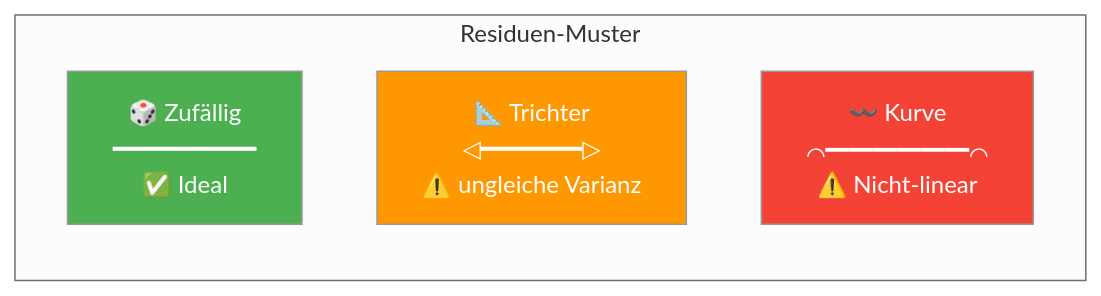
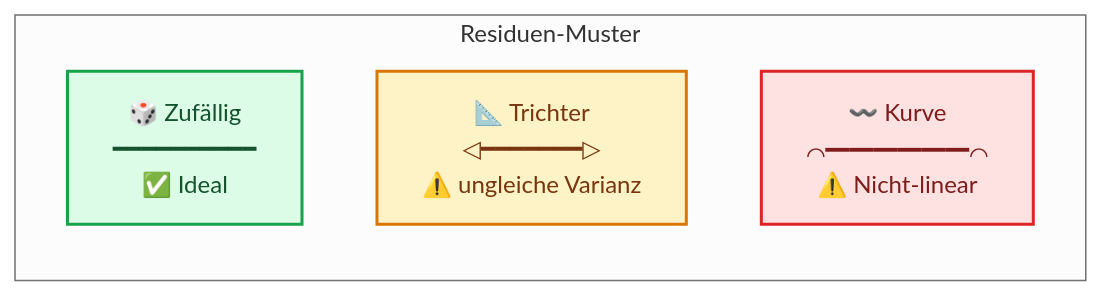
The sixth of 9 diagrams in docs/concepts/evaluate/bewertung_regression.md (ralf-42/ML_Intro), drawn with Mermaid (neutral theme) before and after one commit. The commit also changed other lines of this file and 67 other files, not shown here.

````diff
--- a/docs/concepts/evaluate/bewertung_regression.md
+++ b/docs/concepts/evaluate/bewertung_regression.md
@@ -294,12 +304,16 @@
 ```mermaid
 flowchart LR
     subgraph Patterns["Residuen-Muster"]
         RANDOM["🎲 Zufällig<br/>━━━━━━━━━━<br/>✅ Ideal"]
         FUNNEL["📐 Trichter<br/>◁━━━━━━━▷<br/>⚠️ ungleiche Varianz"]
         CURVE["〰️ Kurve<br/>⌒━━━━━━⌒<br/>⚠️ Nicht-linear"]
     end
-    
-    style RANDOM fill:#4CAF50,color:#fff
-    style FUNNEL fill:#FF9800,color:#fff
-    style CURVE fill:#f44336,color:#fff
+
+    classDef default fill:#e0f2fe,stroke:#0284c7,stroke-width:2px,color:#0c4a6e;
+    classDef metric fill:#fef3c7,stroke:#d97706,stroke-width:2px,color:#78350f;
+    classDef output fill:#dcfce7,stroke:#16a34a,stroke-width:2px,color:#14532d;
+    classDef stop fill:#fee2e2,stroke:#dc2626,stroke-width:2px,color:#7f1d1d;
+    class FUNNEL metric;
+    class RANDOM output;
+    class CURVE stop;
 ```
````
